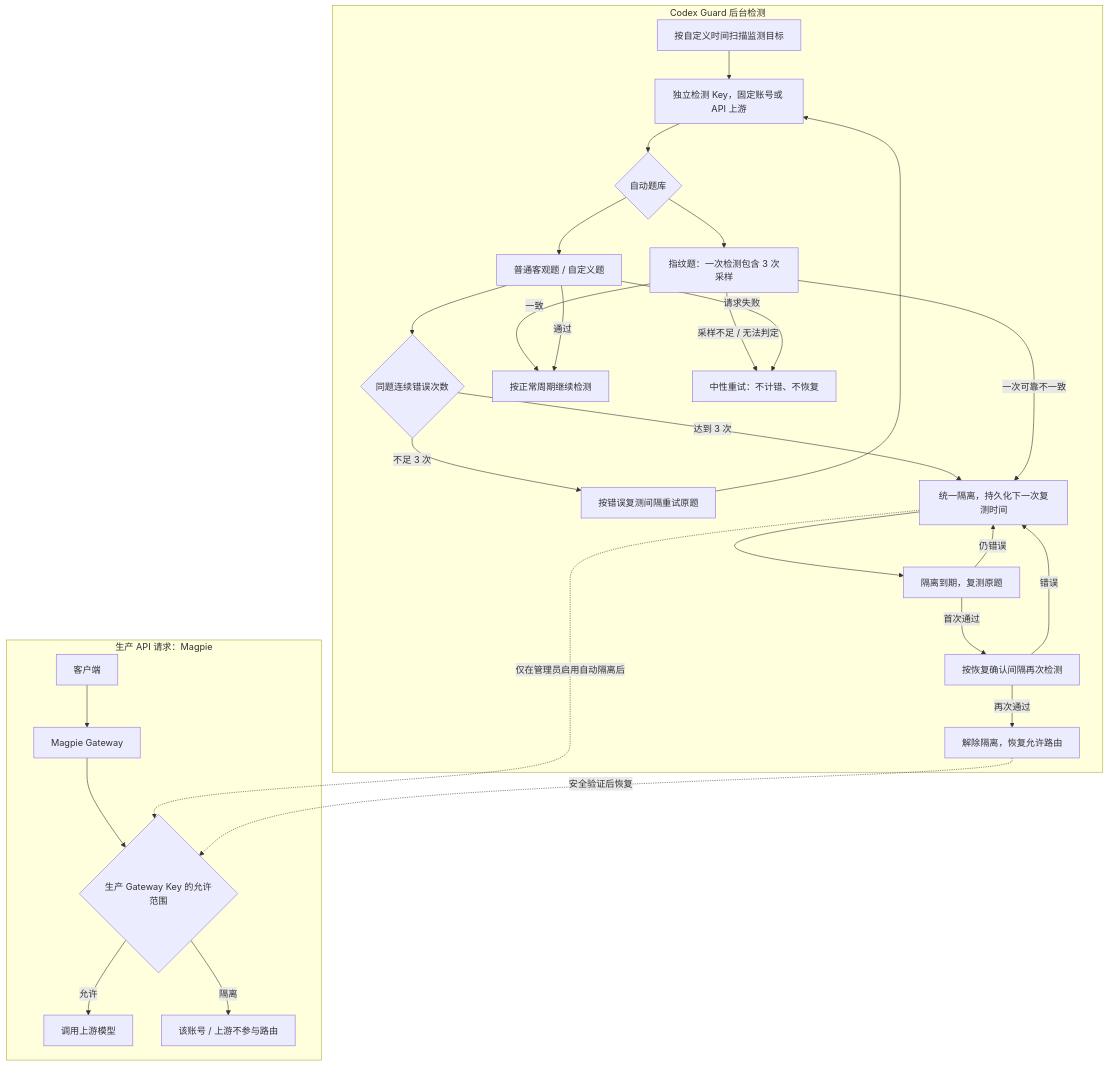
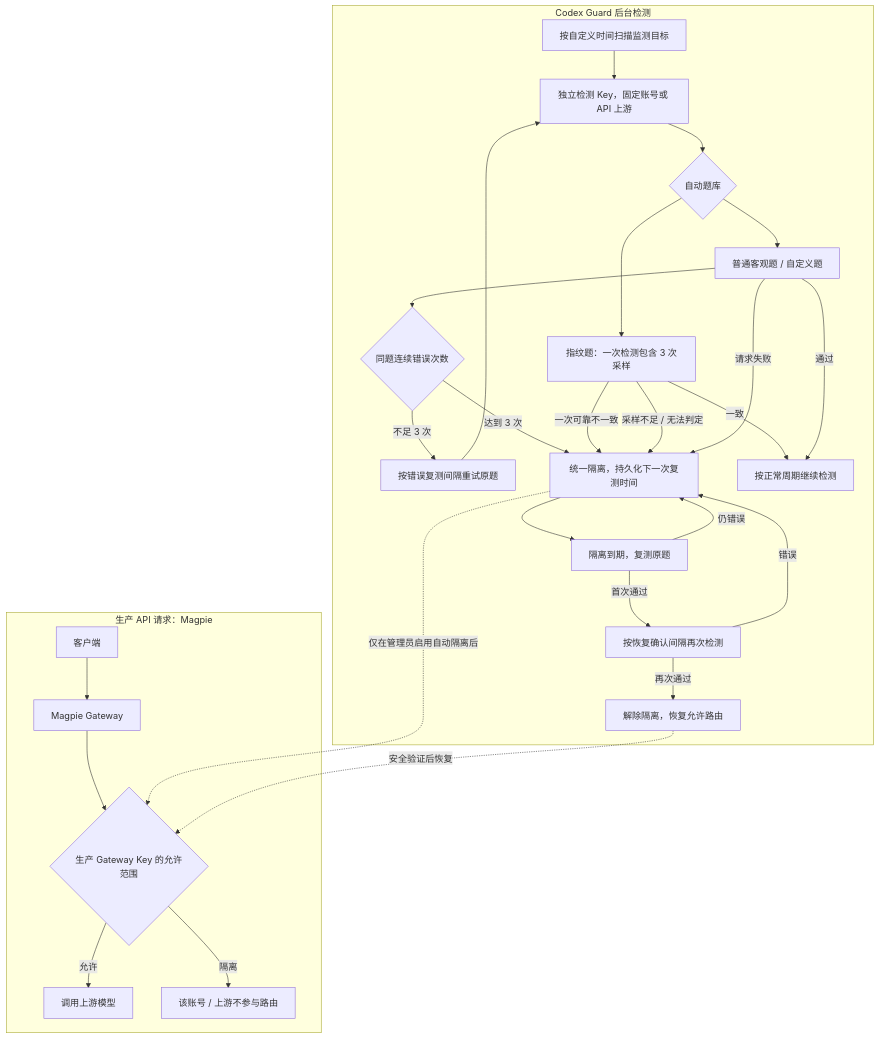
The diagram in README.md (Dsd1001/magpie-codex-guard), drawn with Mermaid before and after one commit. The commit also changed other lines of this file and 20 other files, not shown here.

````diff
--- a/README.md
+++ b/README.md
@@ -45,33 +45,33 @@
 ```mermaid
 flowchart TB
     subgraph BUSINESS["生产 API 请求：Magpie"]
         Client["客户端"] --> Magpie["Magpie Gateway"]
         Magpie --> Key{"生产 Gateway Key 的允许范围"}
         Key -->|"允许"| Upstream["调用上游模型"]
         Key -->|"隔离"| Excluded["该账号 / 上游不参与路由"]
     end
 
     subgraph DETECT["Codex Guard 后台检测"]
         Scheduler["按自定义时间扫描监测目标"] --> Probe["独立检测 Key，固定账号或 API 上游"]
         Probe --> Choice{"自动题库"}
         Choice --> Objective["普通客观题 / 自定义题"]
         Choice --> FP["指纹题：一次检测包含 3 次采样"]
         Objective --> Ordinary{"同题连续错误次数"}
         Ordinary -->|"不足 3 次"| Retry["按错误复测间隔重试原题"]
         Retry --> Probe
         Ordinary -->|"达到 3 次"| Hold["统一隔离，持久化下一次复测时间"]
         FP -->|"一次可靠不一致"| Hold
         FP -->|"一致"| Healthy["按正常周期继续检测"]
         Objective -->|"通过"| Healthy
-        FP -->|"采样不足 / 无法判定"| Neutral["中性重试：不计错、不恢复"]
-        Objective -->|"请求失败"| Neutral
+        FP -->|"采样不足 / 无法判定"| Hold
+        Objective -->|"请求失败"| Hold
         Hold --> Retest["隔离到期，复测原题"]
         Retest -->|"首次通过"| Confirm["按恢复确认间隔再次检测"]
         Confirm -->|"再次通过"| Release["解除隔离，恢复允许路由"]
         Retest -->|"仍错误"| Hold
         Confirm -->|"错误"| Hold
     end
 
     Hold -.->|"仅在管理员启用自动隔离后"| Key
     Release -.->|"安全验证后恢复"| Key
 ```
````
